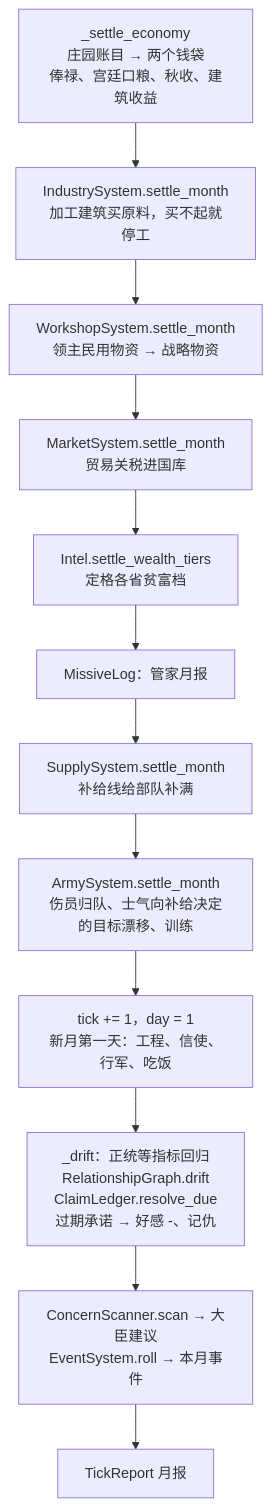
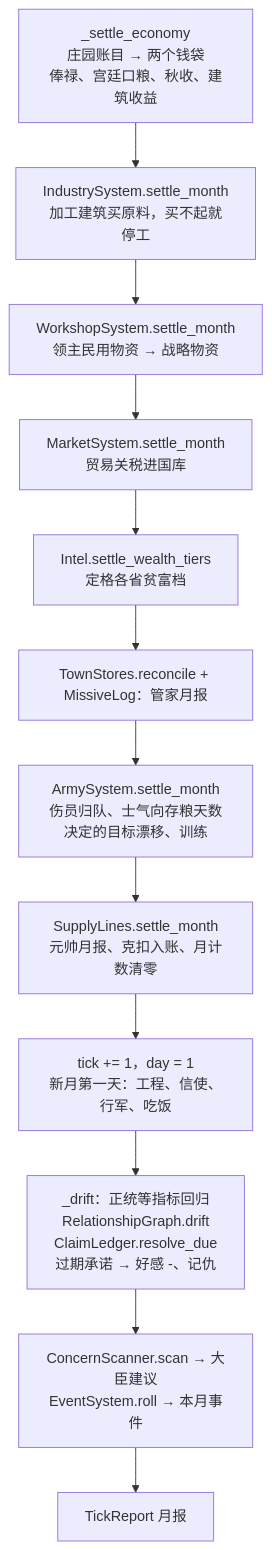
The fourth of 6 diagrams in docs/design/DATA_ARCHITECTURE.md (samuelzhang1201/game_design), drawn with Mermaid before and after one commit. The commit also changed other lines of this file and 8 other files, not shown here.

First line of the commit message:
docs(supply): engine guidance and spec status for the supply lines

````diff
--- a/docs/design/DATA_ARCHITECTURE.md
+++ b/docs/design/DATA_ARCHITECTURE.md
@@ -168,14 +171,14 @@
 ```mermaid
 flowchart TD
   A["_settle_economy<br/>庄园账目 → 两个钱袋<br/>俸禄、宫廷口粮、秋收、建筑收益"] --> B["IndustrySystem.settle_month<br/>加工建筑买原料，买不起就停工"]
   B --> C["WorkshopSystem.settle_month<br/>领主民用物资 → 战略物资"]
   C --> D["MarketSystem.settle_month<br/>贸易关税进国库"]
   D --> E["Intel.settle_wealth_tiers<br/>定格各省贫富档"]
-  E --> F["MissiveLog：管家月报"]
-  F --> G["SupplySystem.settle_month<br/>补给线给部队补满"]
-  G --> H["ArmySystem.settle_month<br/>伤员归队、士气向补给决定的目标漂移、训练"]
+  E --> F["TownStores.reconcile + MissiveLog：管家月报"]
+  F --> G["ArmySystem.settle_month<br/>伤员归队、士气向存粮天数决定的目标漂移、训练"]
+  G --> H["SupplyLines.settle_month<br/>元帅月报、克扣入账、月计数清零"]
   H --> I["tick += 1，day = 1<br/>新月第一天：工程、信使、行军、吃饭"]
   I --> J["_drift：正统等指标回归<br/>RelationshipGraph.drift<br/>ClaimLedger.resolve_due<br/>过期承诺 → 好感 -、记仇"]
   J --> K["ConcernScanner.scan → 大臣建议<br/>EventSystem.roll → 本月事件"]
   K --> R["TickReport 月报"]
 ```
````
